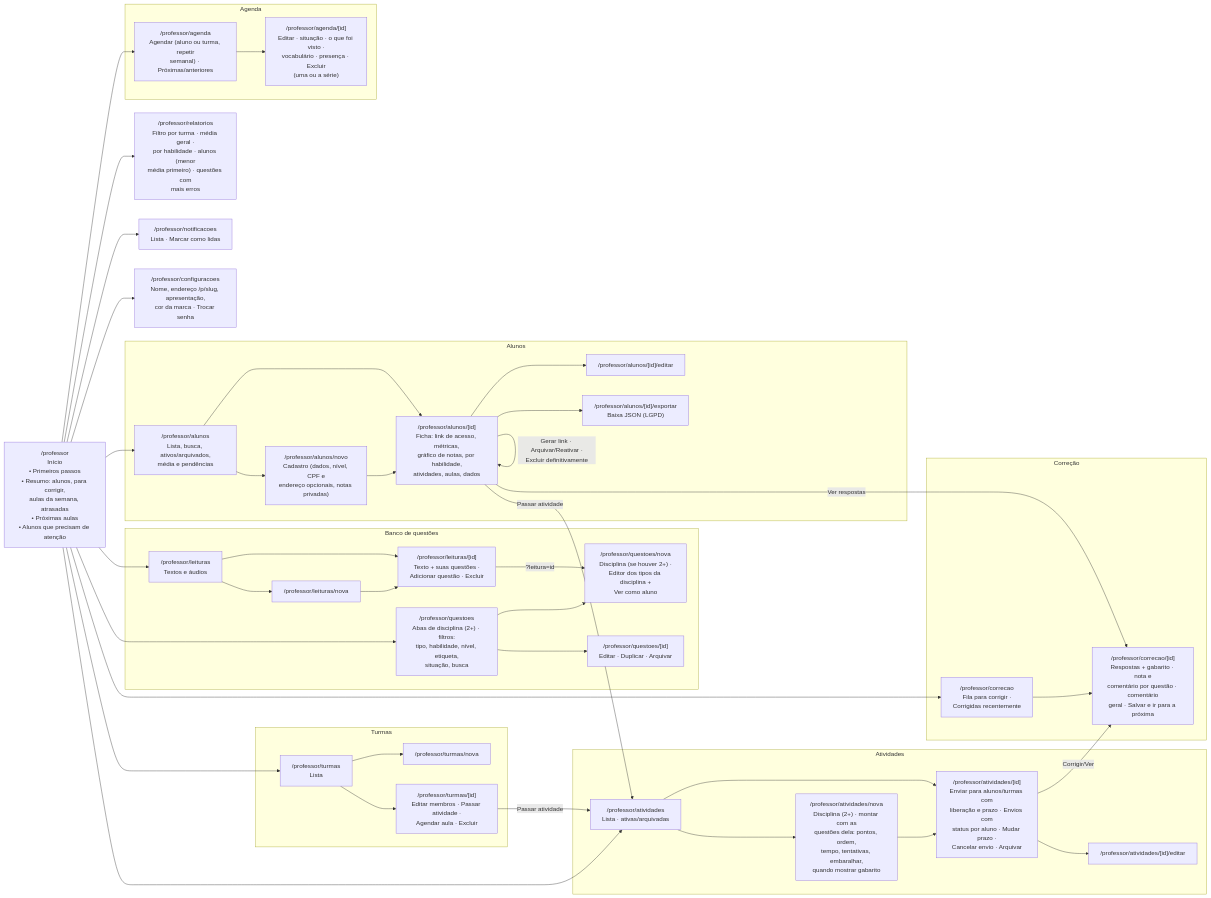
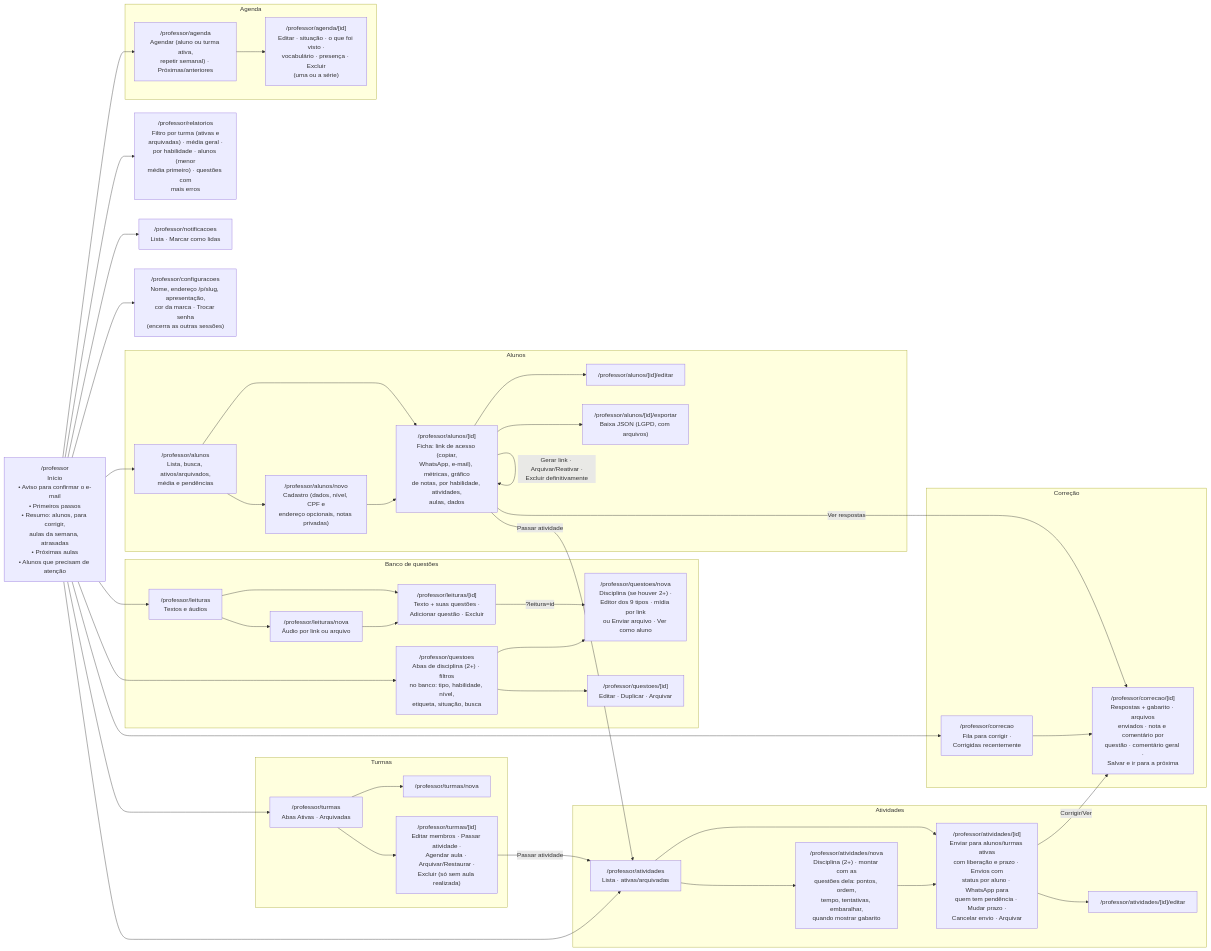
The second of 10 diagrams in docs/DIAGRAMA.md (devleandrosilva99/teacher-sarah), drawn with Mermaid before and after one commit. The commit also changed other lines of this file and 3 other files, not shown here.

First line of the commit message:
Fase 2: documentação, diagramas e relatório

````diff
--- a/docs/DIAGRAMA.md
+++ b/docs/DIAGRAMA.md
@@ -39,79 +48,79 @@
 ```mermaid
 flowchart LR
-    P["/professor<br/>Início<br/>• Primeiros passos<br/>• Resumo: alunos, para corrigir,<br/>aulas da semana, atrasadas<br/>• Próximas aulas<br/>• Alunos que precisam de atenção"]
+    P["/professor<br/>Início<br/>• Aviso para confirmar o e-mail<br/>• Primeiros passos<br/>• Resumo: alunos, para corrigir,<br/>aulas da semana, atrasadas<br/>• Próximas aulas<br/>• Alunos que precisam de atenção"]
 
     subgraph ALUNOS["Alunos"]
         A1["/professor/alunos<br/>Lista, busca, ativos/arquivados,<br/>média e pendências"]
         A2["/professor/alunos/novo<br/>Cadastro (dados, nível, CPF e<br/>endereço opcionais, notas privadas)"]
-        A3["/professor/alunos/[id]<br/>Ficha: link de acesso, métricas,<br/>gráfico de notas, por habilidade,<br/>atividades, aulas, dados"]
+        A3["/professor/alunos/[id]<br/>Ficha: link de acesso (copiar,<br/>WhatsApp, e-mail), métricas, gráfico<br/>de notas, por habilidade, atividades,<br/>aulas, dados"]
         A4["/professor/alunos/[id]/editar"]
-        A5["/professor/alunos/[id]/exportar<br/>Baixa JSON (LGPD)"]
+        A5["/professor/alunos/[id]/exportar<br/>Baixa JSON (LGPD, com arquivos)"]
         A1 --> A2 --> A3
         A1 --> A3
         A3 --> A4
         A3 --> A5
         A3 -->|"Gerar link · Arquivar/Reativar ·<br/>Excluir definitivamente"| A3
     end
 
     subgraph TURMAS["Turmas"]
-        T1["/professor/turmas<br/>Lista"]
+        T1["/professor/turmas<br/>Abas Ativas · Arquivadas"]
         T2["/professor/turmas/nova"]
-        T3["/professor/turmas/[id]<br/>Editar membros · Passar atividade ·<br/>Agendar aula · Excluir"]
+        T3["/professor/turmas/[id]<br/>Editar membros · Passar atividade ·<br/>Agendar aula · Arquivar/Restaurar ·<br/>Excluir (só sem aula realizada)"]
         T1 --> T2
         T1 --> T3
     end
 
     subgraph BANCO["Banco de questões"]
-        Q1["/professor/questoes<br/>Abas de disciplina (2+) · filtros:<br/>tipo, habilidade, nível, etiqueta,<br/>situação, busca"]
-        Q2["/professor/questoes/nova<br/>Disciplina (se houver 2+) ·<br/>Editor dos tipos da disciplina +<br/>Ver como aluno"]
+        Q1["/professor/questoes<br/>Abas de disciplina (2+) · filtros<br/>no banco: tipo, habilidade, nível,<br/>etiqueta, situação, busca"]
+        Q2["/professor/questoes/nova<br/>Disciplina (se houver 2+) ·<br/>Editor dos 9 tipos · mídia por link<br/>ou Enviar arquivo · Ver como aluno"]
         Q3["/professor/questoes/[id]<br/>Editar · Duplicar · Arquivar"]
         L1["/professor/leituras<br/>Textos e áudios"]
-        L2["/professor/leituras/nova"]
+        L2["/professor/leituras/nova<br/>Áudio por link ou arquivo"]
         L3["/professor/leituras/[id]<br/>Texto + suas questões ·<br/>Adicionar questão · Excluir"]
         Q1 --> Q2
         Q1 --> Q3
         L1 --> L2 --> L3
         L1 --> L3
         L3 -->|"?leitura=id"| Q2
     end
 
     subgraph ATIV["Atividades"]
         V1["/professor/atividades<br/>Lista · ativas/arquivadas"]
         V2["/professor/atividades/nova<br/>Disciplina (2+) · montar com as<br/>questões dela: pontos, ordem,<br/>tempo, tentativas, embaralhar,<br/>quando mostrar gabarito"]
-        V3["/professor/atividades/[id]<br/>Enviar para alunos/turmas com<br/>liberação e prazo · Envios com<br/>status por aluno · Mudar prazo ·<br/>Cancelar envio · Arquivar"]
+        V3["/professor/atividades/[id]<br/>Enviar para alunos/turmas ativas<br/>com liberação e prazo · Envios com<br/>status por aluno · WhatsApp para<br/>quem tem pendência · Mudar prazo ·<br/>Cancelar envio · Arquivar"]
         V4["/professor/atividades/[id]/editar"]
         V1 --> V2 --> V3
         V1 --> V3 --> V4
     end
 
     subgraph CORR["Correção"]
         C1["/professor/correcao<br/>Fila para corrigir ·<br/>Corrigidas recentemente"]
-        C2["/professor/correcao/[id]<br/>Respostas + gabarito · nota e<br/>comentário por questão · comentário<br/>geral · Salvar e ir para a próxima"]
+        C2["/professor/correcao/[id]<br/>Respostas + gabarito · arquivos<br/>enviados · nota e comentário por<br/>questão · comentário geral ·<br/>Salvar e ir para a próxima"]
         C1 --> C2
     end
 
     subgraph AGENDA["Agenda"]
-        G1["/professor/agenda<br/>Agendar (aluno ou turma, repetir<br/>semanal) · Próximas/anteriores"]
+        G1["/professor/agenda<br/>Agendar (aluno ou turma ativa,<br/>repetir semanal) · Próximas/anteriores"]
         G2["/professor/agenda/[id]<br/>Editar · situação · o que foi visto ·<br/>vocabulário · presença · Excluir<br/>(uma ou a série)"]
         G1 --> G2
     end
 
-    R["/professor/relatorios<br/>Filtro por turma · média geral ·<br/>por habilidade · alunos (menor<br/>média primeiro) · questões com<br/>mais erros"]
+    R["/professor/relatorios<br/>Filtro por turma (ativas e<br/>arquivadas) · média geral ·<br/>por habilidade · alunos (menor<br/>média primeiro) · questões com<br/>mais erros"]
     N["/professor/notificacoes<br/>Lista · Marcar como lidas"]
-    S["/professor/configuracoes<br/>Nome, endereço /p/slug, apresentação,<br/>cor da marca · Trocar senha"]
+    S["/professor/configuracoes<br/>Nome, endereço /p/slug, apresentação,<br/>cor da marca · Trocar senha<br/>(encerra as outras sessões)"]
 
     P --> A1
     P --> T1
     P --> Q1
     P --> L1
     P --> V1
     P --> C1
     P --> G1
     P --> R
     P --> N
     P --> S
     A3 -->|Passar atividade| V1
     T3 -->|Passar atividade| V1
     V3 -->|Corrigir/Ver| C2
     A3 -->|Ver respostas| C2
 ```
````
